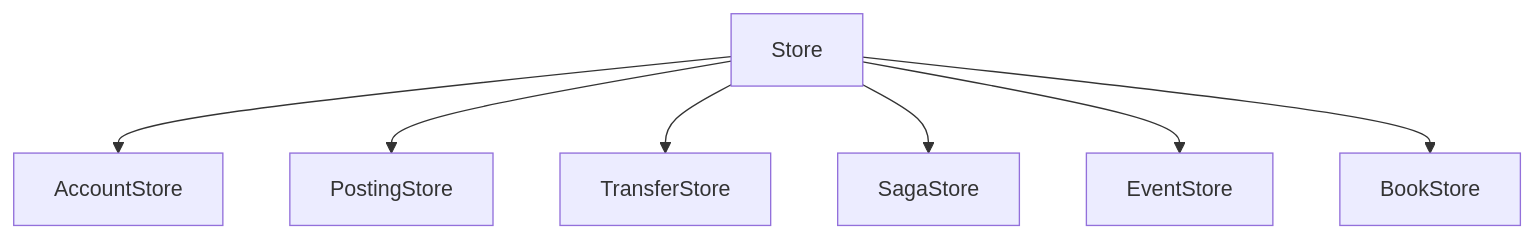
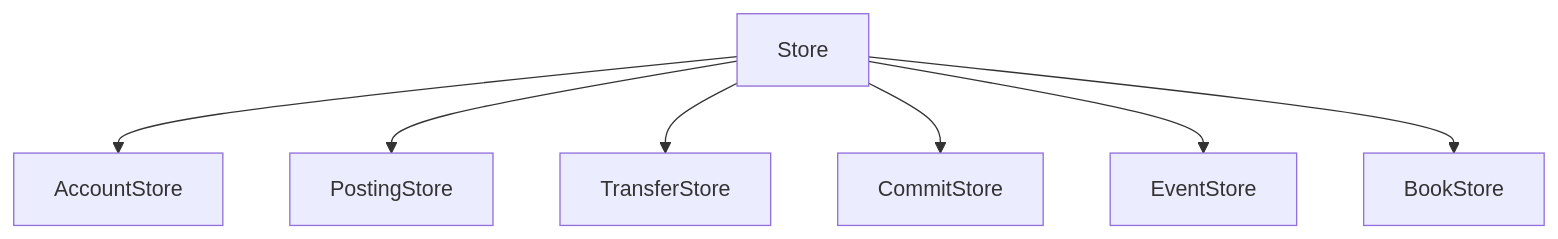
Before and after one commit to crodas/kuatia: the third of 4 diagrams in doc/crates.md, drawn with Mermaid. The commit also changed other lines of this file and 39 other files, not shown here.

````diff
--- a/doc/crates.md
+++ b/doc/crates.md
@@ -177,9 +168,9 @@
 ```mermaid
 graph TB
     Store --> AccountStore
     Store --> PostingStore
     Store --> TransferStore
-    Store --> SagaStore
+    Store --> CommitStore
     Store --> EventStore
     Store --> BookStore
 ```
````
